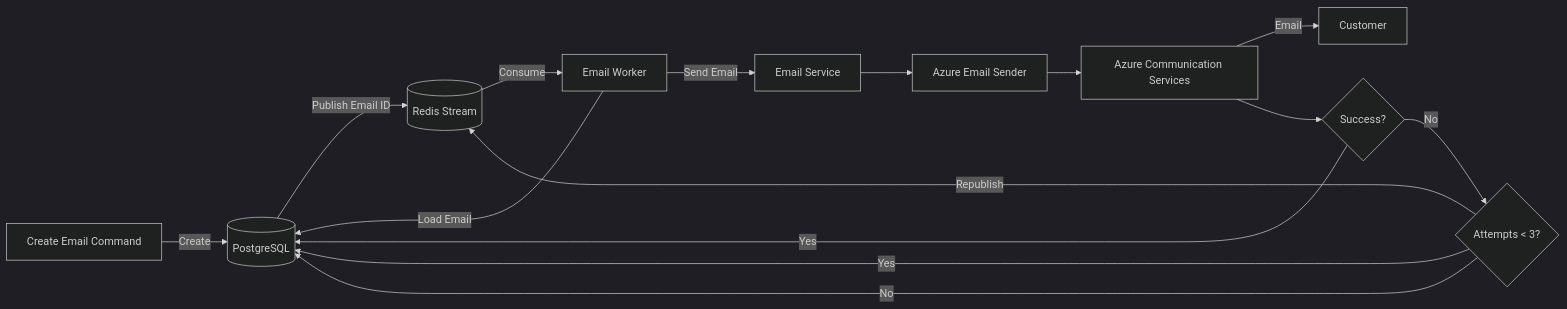
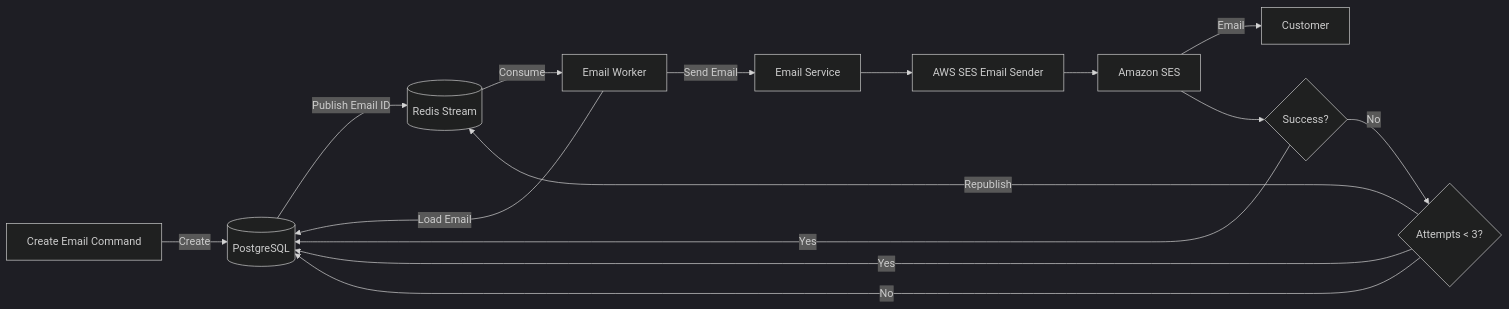
The diagram in AGENTS.md (1ChristianAlex/motordesk), drawn with Mermaid (dark theme) before and after one commit. The commit also changed other lines of this file and 62 other files, not shown here.

````diff
--- a/AGENTS.md
+++ b/AGENTS.md
@@ -296,29 +296,29 @@
 ```mermaid
 flowchart LR
     Command["Create Email Command"]
     DB[("PostgreSQL")]
     Stream[("Redis Stream")]
     Worker["Email Worker"]
     Service["Email Service"]
-    Sender["Azure Email Sender"]
-    ACS["Azure Communication Services"]
+    Sender["AWS SES Email Sender"]
+    SES["Amazon SES"]
     Customer["Customer"]
 
     Command -->|Create| DB
     DB -->|Publish Email ID| Stream
     Stream -->|Consume| Worker
 
     Worker -->|Load Email| DB
     Worker -->|Send Email| Service
     Service --> Sender
-    Sender --> ACS
-    ACS -->|Email| Customer
+    Sender --> SES
+    SES -->|Email| Customer
 
-    ACS --> Result{"Success?"}
+    SES --> Result{"Success?"}
     Result -->|Yes| DB
     Result -->|No| Attempts{"Attempts < 3?"}
 
     Attempts -->|Yes| DB
     Attempts -->|Republish| Stream
     Attempts -->|No| DB
 ```
````
